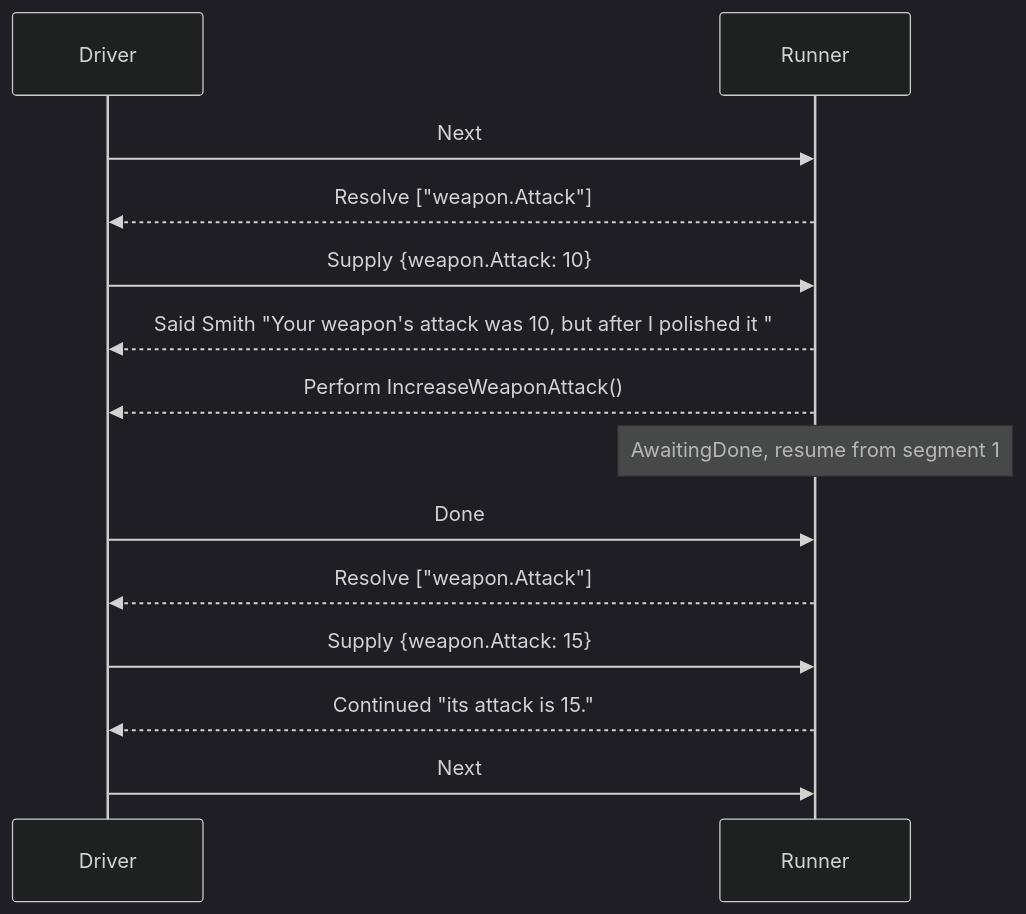
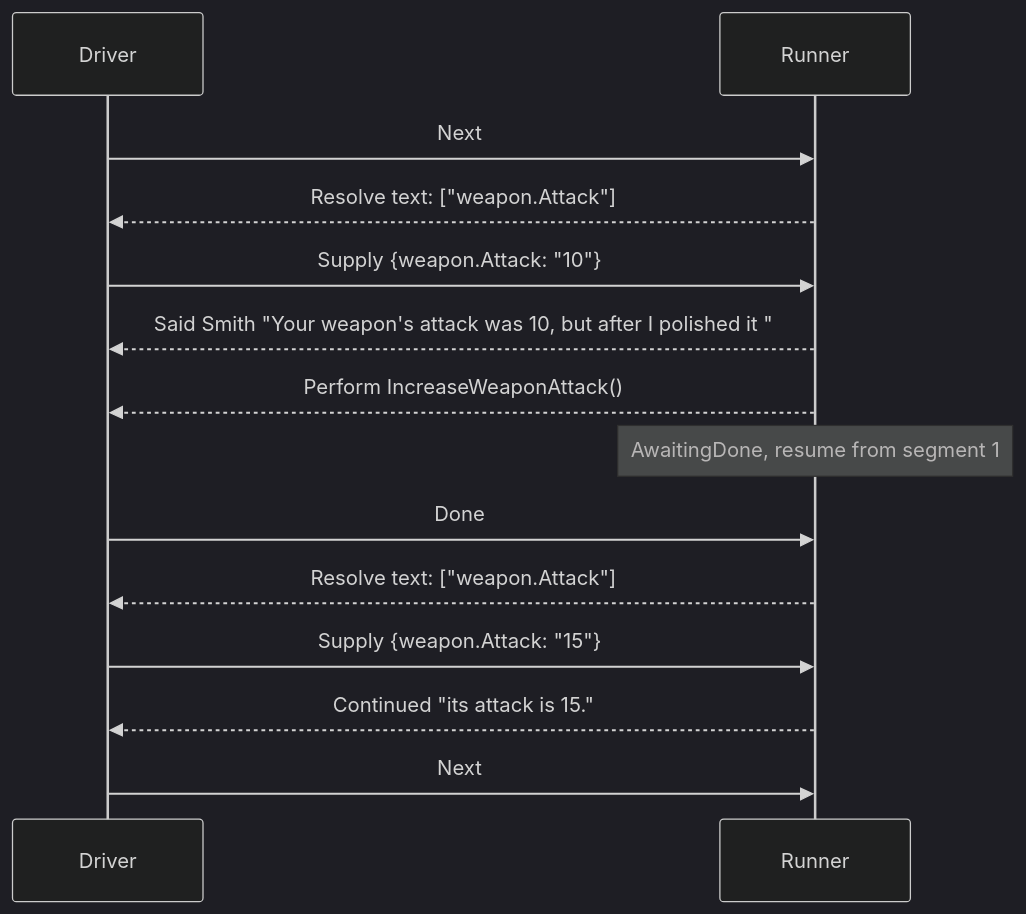
One commit to pengzhengyi/dialoguedown changed the second of 2 diagrams in docs/contributing/design-notes/runtime/Speaking a Line.md. Above: the diagram before and after it, drawn with Mermaid (dark theme). The commit also changed 49 other files, not shown here.

````diff
--- a/docs/contributing/design-notes/runtime/Speaking a Line.md
+++ b/docs/contributing/design-notes/runtime/Speaking a Line.md
@@ -144,16 +144,16 @@
 ```mermaid
 sequenceDiagram
     participant D as Driver
     participant R as Runner
     D->>R: Next
-    R-->>D: Resolve ["weapon.Attack"]
-    D->>R: Supply {weapon.Attack: 10}
+    R-->>D: Resolve text: ["weapon.Attack"]
+    D->>R: Supply {weapon.Attack: "10"}
     R-->>D: Said Smith "Your weapon's attack was 10, but after I polished it "
     R-->>D: Perform IncreaseWeaponAttack()
     Note over R: AwaitingDone, resume from segment 1
     D->>R: Done
-    R-->>D: Resolve ["weapon.Attack"]
-    D->>R: Supply {weapon.Attack: 15}
+    R-->>D: Resolve text: ["weapon.Attack"]
+    D->>R: Supply {weapon.Attack: "15"}
     R-->>D: Continued "its attack is 15."
     D->>R: Next
 ```
````
